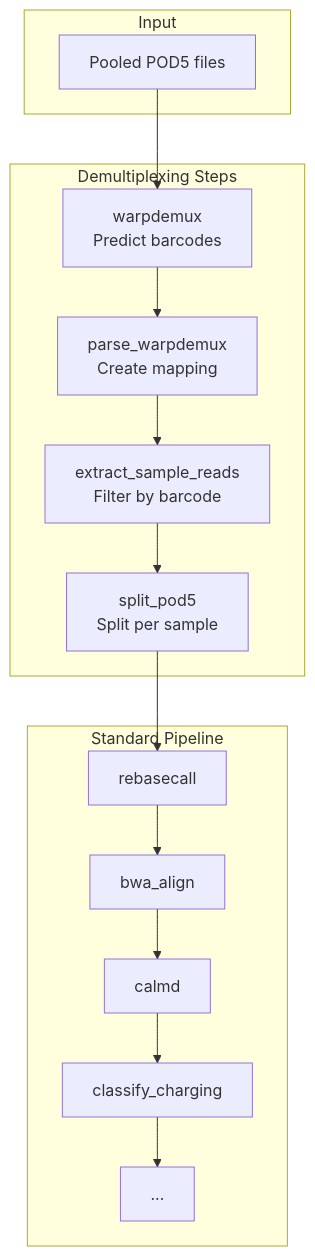
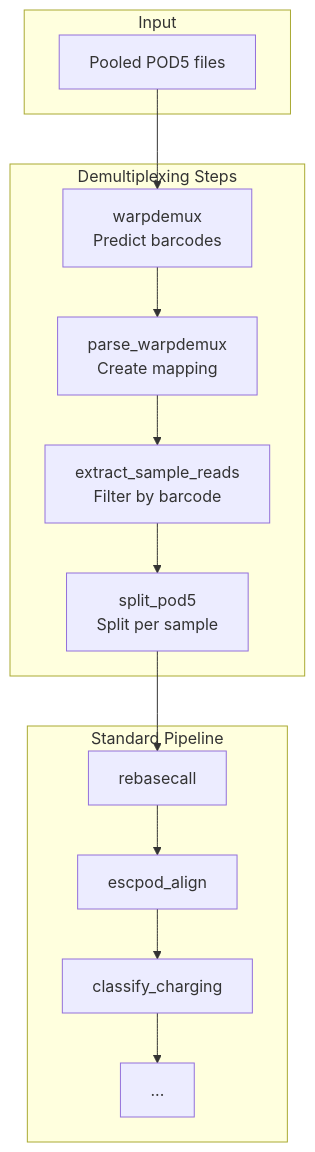
The second of 3 diagrams in docs/workflow/demultiplexing.md (rnabioco/aa-tRNA-seq-pipeline), drawn with Mermaid before and after one commit. The commit also changed other lines of this file and 42 other files, not shown here.

First line of the commit message:
feat(align): replace bwa_align + calmd with escpod align

````diff
--- a/docs/workflow/demultiplexing.md
+++ b/docs/workflow/demultiplexing.md
@@ -245,23 +245,22 @@
 ```mermaid
 flowchart TB
     subgraph Input
         A[Pooled POD5 files]
     end
 
     subgraph Demux[Demultiplexing Steps]
         B[warpdemux<br/>Predict barcodes]
         C[parse_warpdemux<br/>Create mapping]
         D[extract_sample_reads<br/>Filter by barcode]
         E[split_pod5<br/>Split per sample]
     end
 
     subgraph Standard[Standard Pipeline]
         F[rebasecall]
-        G[bwa_align]
-        CM[calmd]
+        G[escpod_align]
         H[classify_charging]
         I[...]
     end
 
-    A --> B --> C --> D --> E --> F --> G --> CM --> H --> I
+    A --> B --> C --> D --> E --> F --> G --> H --> I
 ```
````
